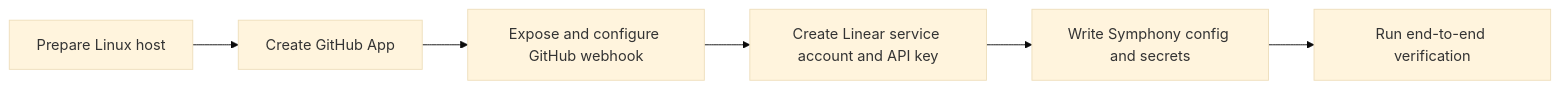
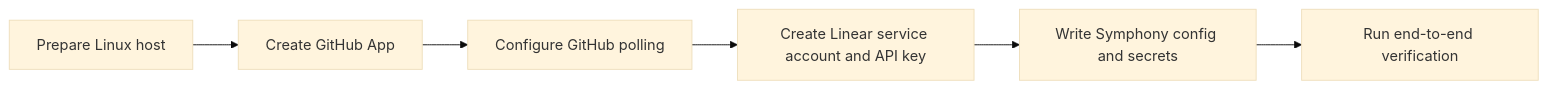
Before and after one commit to mngeow/heimdall: the diagram in docs/setup/README.md, drawn with Mermaid (base theme). The commit also changed other lines of this file and 38 other files, not shown here.

First line of the commit message:
feat: poll GitHub PR commands instead of webhooks (#2)

````diff
--- a/docs/setup/README.md
+++ b/docs/setup/README.md
@@ -7,8 +7,8 @@
 ```mermaid
 flowchart LR
     Host["Prepare Linux host"] --> GitHub["Create GitHub App"]
-    GitHub --> Webhook["Expose and configure GitHub webhook"]
-    Webhook --> Linear["Create Linear service account and API key"]
+    GitHub --> GitHubPoll["Configure GitHub polling"]
+    GitHubPoll --> Linear["Create Linear service account and API key"]
     Linear --> Config["Write Symphony config and secrets"]
     Config --> Verify["Run end-to-end verification"]
 ```
````
